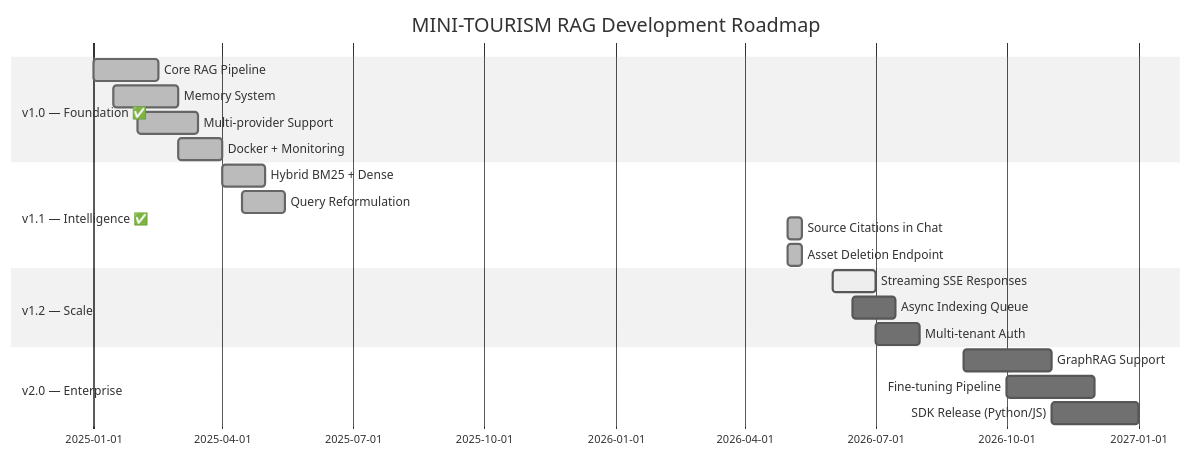
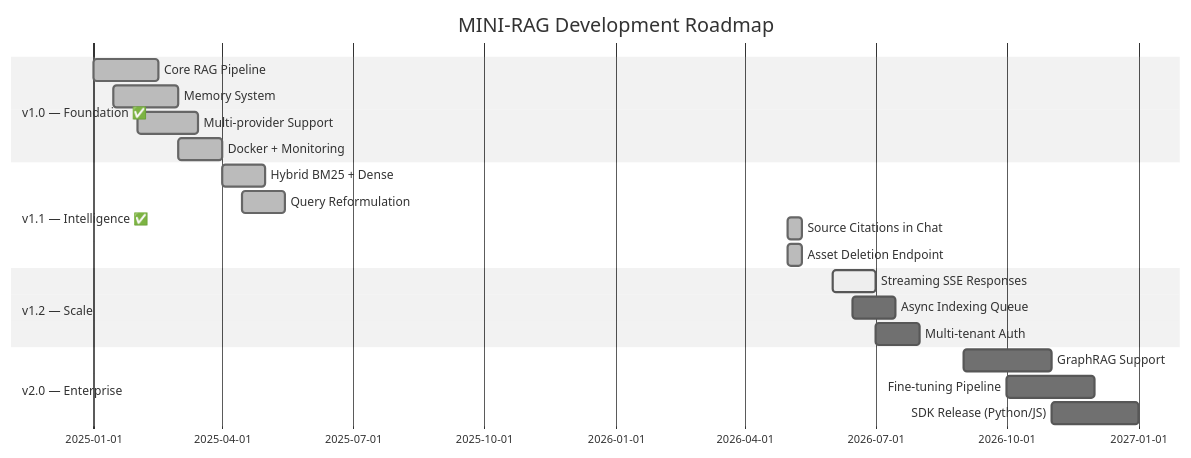
Before and after one commit to moyasserelkotp/MINI_RAG: diagram 21 of 21 in README_COMPREHENSIVE.md, drawn with Mermaid (neutral theme). The commit also changed other lines of this file and 13 other files, not shown here.

Commit message:
feat: rebrand project to MINI-RAG and implement asynchronous task processing with Celery, RabbitMQ, and Redis

````diff
--- a/README_COMPREHENSIVE.md
+++ b/README_COMPREHENSIVE.md
@@ -1996,26 +1996,26 @@
 ```mermaid
 gantt
-    title MINI-TOURISM RAG Development Roadmap
+    title MINI-RAG Development Roadmap
     dateFormat  YYYY-MM-DD
     section v1.0 — Foundation ✅
     Core RAG Pipeline        :done, 2025-01-01, 2025-02-15
     Memory System            :done, 2025-01-15, 2025-03-01
     Multi-provider Support   :done, 2025-02-01, 2025-03-15
     Docker + Monitoring      :done, 2025-03-01, 2025-04-01
 
     section v1.1 — Intelligence ✅
     Hybrid BM25 + Dense      :done, 2025-04-01, 2025-05-01
     Query Reformulation      :done, 2025-04-15, 2025-05-15
     Source Citations in Chat :done, 2026-05-01, 2026-05-11
     Asset Deletion Endpoint  :done, 2026-05-01, 2026-05-11
 
     section v1.2 — Scale
     Streaming SSE Responses  :active, 2026-06-01, 2026-07-01
     Async Indexing Queue     :2026-06-15, 2026-07-15
     Multi-tenant Auth        :2026-07-01, 2026-08-01
 
     section v2.0 — Enterprise
     GraphRAG Support         :2026-09-01, 2026-11-01
     Fine-tuning Pipeline     :2026-10-01, 2026-12-01
     SDK Release (Python/JS)  :2026-11-01, 2027-01-01
 ```
````
